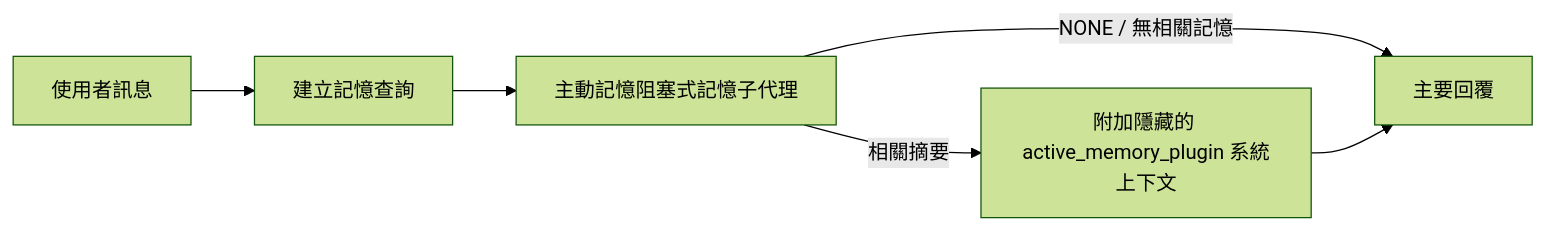
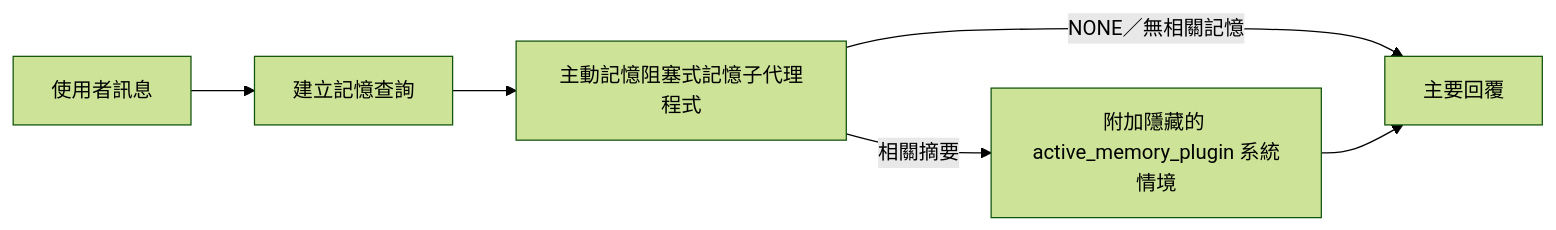
Before and after one commit to is0383kk/ai-docs-sync-workflow: the diagram in openclaw-docs/zh-TW/concepts/active-memory.md, drawn with Mermaid (forest theme). The commit also changed other lines of this file and 11096 other files, not shown here.

````diff
--- a/openclaw-docs/zh-TW/concepts/active-memory.md
+++ b/openclaw-docs/zh-TW/concepts/active-memory.md
@@ -73,8 +108,8 @@
 ```mermaid
 flowchart LR
   U["使用者訊息"] --> Q["建立記憶查詢"]
-  Q --> R["主動記憶阻塞式記憶子代理"]
-  R -->|NONE / 無相關記憶| M["主要回覆"]
-  R -->|相關摘要| I["附加隱藏的 active_memory_plugin 系統上下文"]
+  Q --> R["主動記憶阻塞式記憶子代理程式"]
+  R -->|NONE／無相關記憶| M["主要回覆"]
+  R -->|相關摘要| I["附加隱藏的 active_memory_plugin 系統情境"]
   I --> M["主要回覆"]
 ```
````
